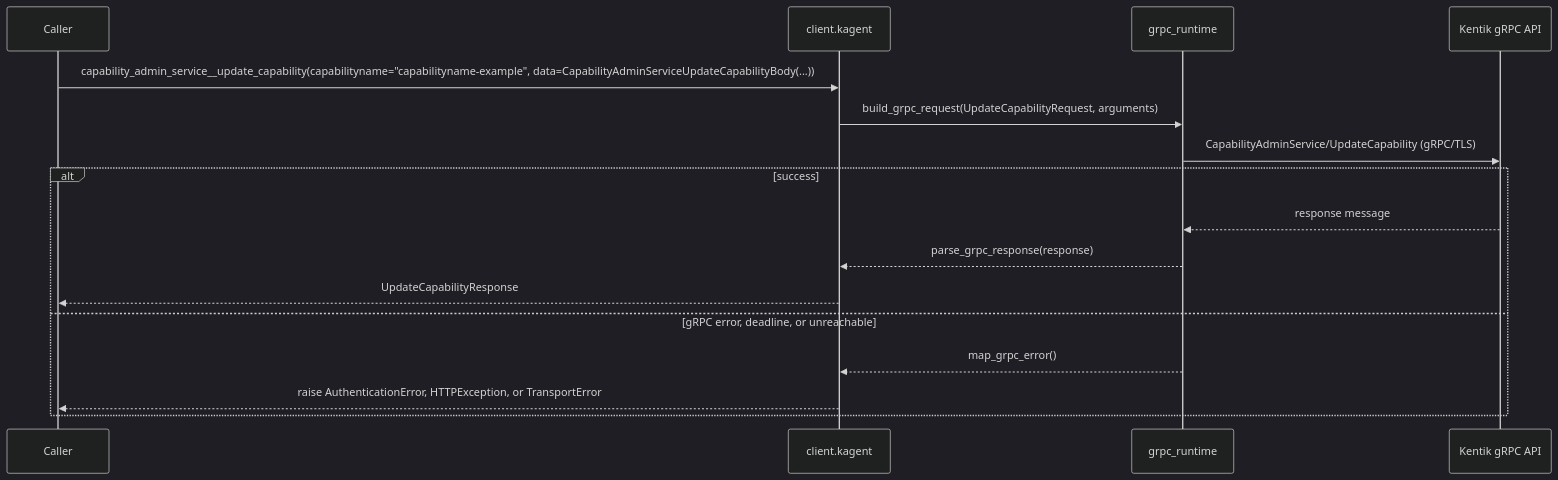
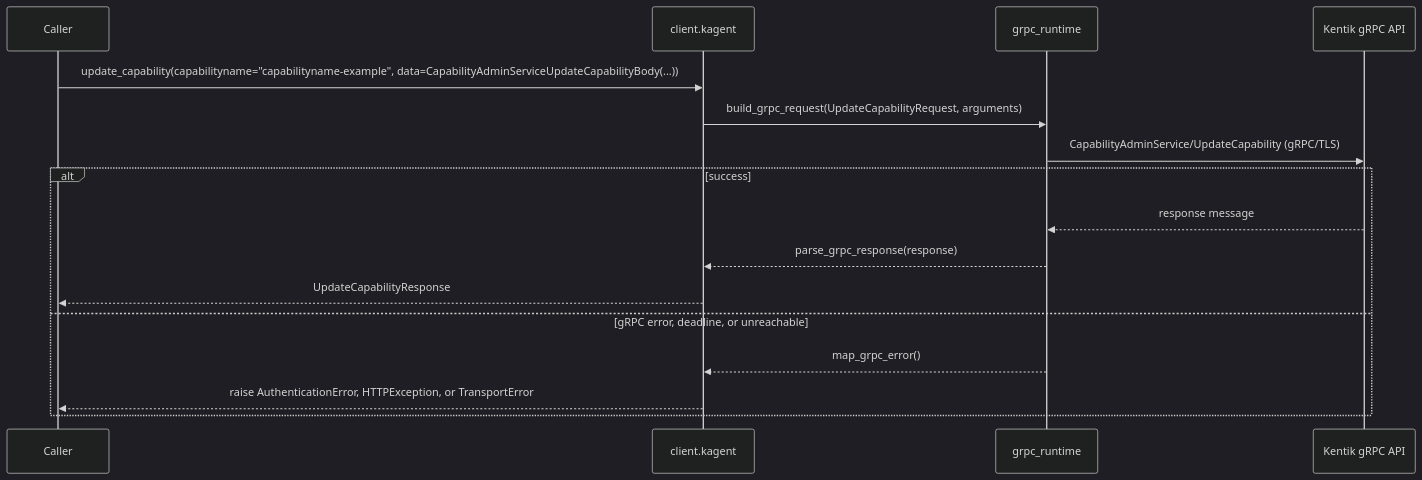
Before and after one commit to alexdearaujo/community_sdk_python: diagram 31 of 58 in docs/sphinx/services/kagent.md, drawn with Mermaid (dark theme). The commit also changed other lines of this file and 10 other files, not shown here.

````diff
--- a/docs/sphinx/services/kagent.md
+++ b/docs/sphinx/services/kagent.md
@@ -1129,19 +1129,19 @@
 ```mermaid
 sequenceDiagram
     participant C as Caller
     participant W as client.kagent
     participant R as grpc_runtime
     participant API as Kentik gRPC API
 
-    C->>W: capability_admin_service__update_capability(capabilityname="capabilityname-example", data=CapabilityAdminServiceUpdateCapabilityBody(...))
+    C->>W: update_capability(capabilityname="capabilityname-example", data=CapabilityAdminServiceUpdateCapabilityBody(...))
     W->>R: build_grpc_request(UpdateCapabilityRequest, arguments)
     R->>API: CapabilityAdminService/UpdateCapability (gRPC/TLS)
     alt success
         API-->>R: response message
         R-->>W: parse_grpc_response(response)
         W-->>C: UpdateCapabilityResponse
     else gRPC error, deadline, or unreachable
         R-->>W: map_grpc_error()
         W-->>C: raise AuthenticationError, HTTPException, or TransportError
     end
 ```
````
